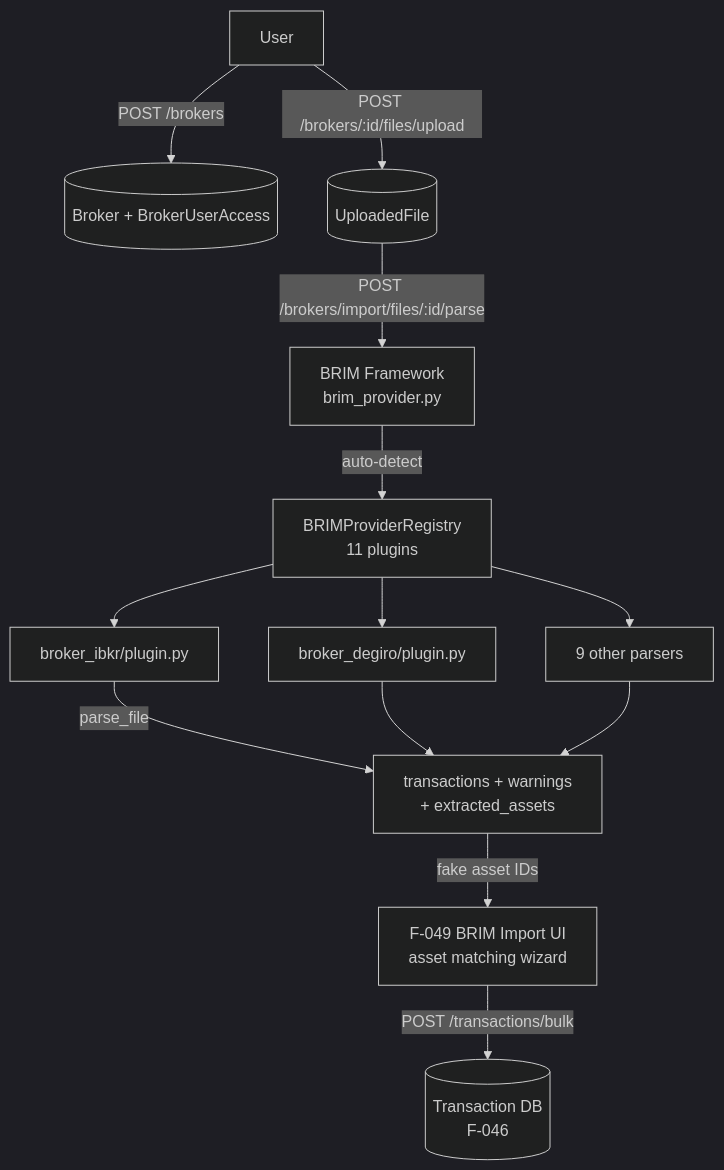
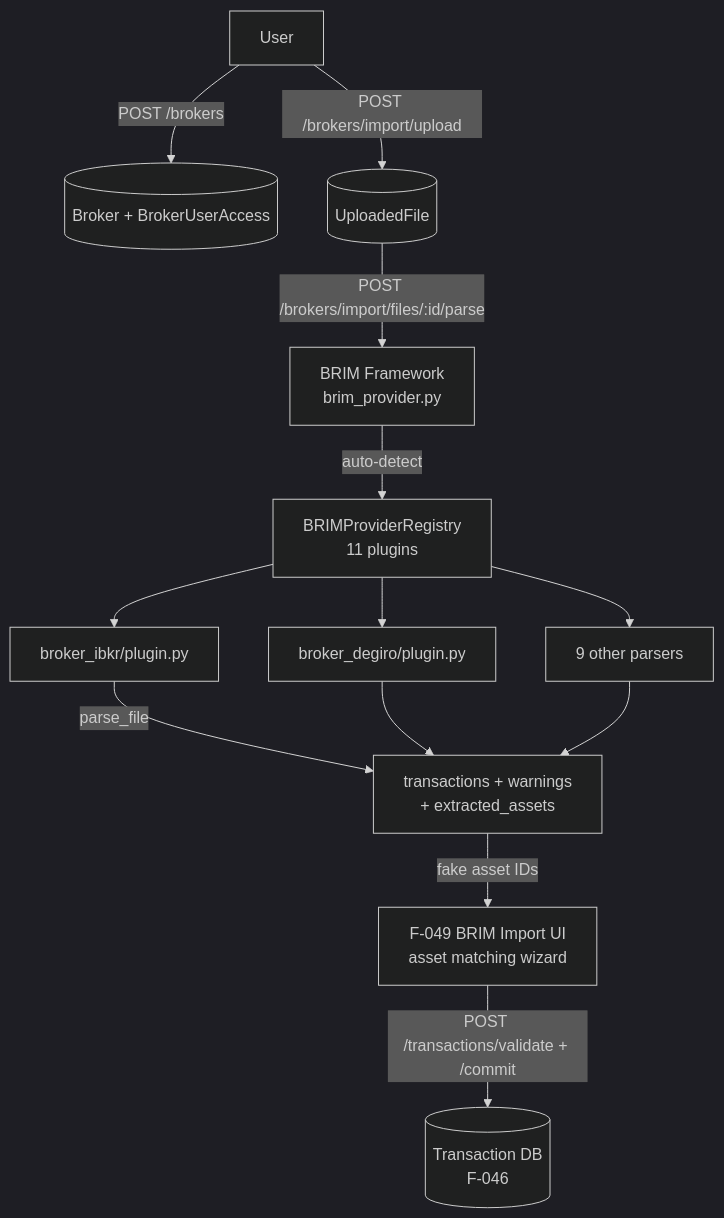
Before and after one commit to Librefolio/LibreFolio: the diagram in LibreFolio_devWiki/wiki/domains/brokers.md, drawn with Mermaid (dark theme). The commit also changed other lines of this file and 11 other files, not shown here.

````diff
--- a/LibreFolio_devWiki/wiki/domains/brokers.md
+++ b/LibreFolio_devWiki/wiki/domains/brokers.md
@@ -44,15 +52,15 @@
 ```mermaid
 graph TD
     User -->|POST /brokers| BrokerDB[(Broker + BrokerUserAccess)]
-    User -->|POST /brokers/:id/files/upload| FileStore[(UploadedFile)]
+    User -->|POST /brokers/import/upload| FileStore[(UploadedFile)]
     FileStore -->|POST /brokers/import/files/:id/parse| BRIMFw[BRIM Framework<br/>brim_provider.py]
     BRIMFw -->|auto-detect| PluginRegistry[BRIMProviderRegistry<br/>11 plugins]
     PluginRegistry --> IBKR[broker_ibkr/plugin.py]
     PluginRegistry --> Degiro[broker_degiro/plugin.py]
     PluginRegistry --> Other[9 other parsers]
     IBKR -->|parse_file| ParseResult[transactions + warnings<br/>+ extracted_assets]
     Degiro --> ParseResult
     Other --> ParseResult
     ParseResult -->|fake asset IDs| StagingUI[F-049 BRIM Import UI<br/>asset matching wizard]
-    StagingUI -->|POST /transactions/bulk| TxDB[(Transaction DB<br/>F-046)]
+    StagingUI -->|POST /transactions/validate + /commit| TxDB[(Transaction DB<br/>F-046)]
 ```
````
